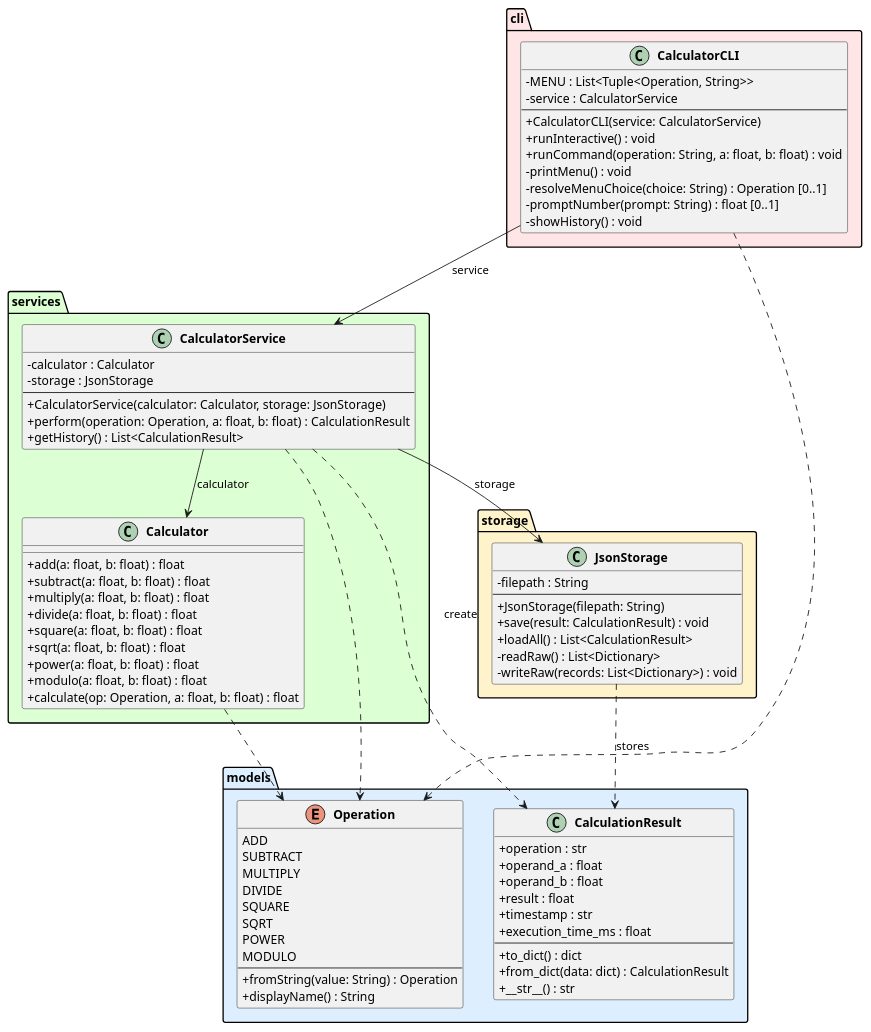
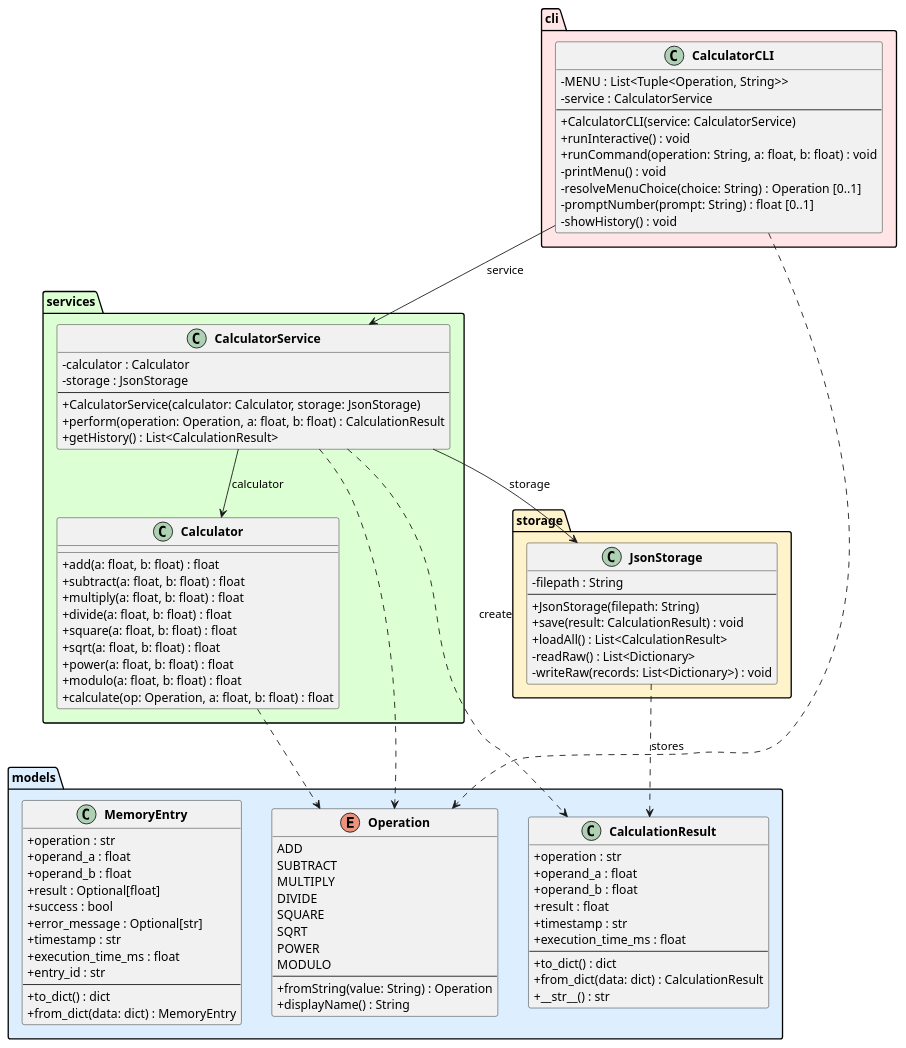
Before and after one commit to DanielRiha8906/Software_autoevolution_using_agents: the diagram in experiments/broadcast/user_stories/calculator/artifacts/class_diagram.puml, drawn with PlantUML. The commit also changed 5 other files, not shown here.

First line of the commit message:
task 03: Create MemoryEntry class for history management

```diff
--- a/experiments/broadcast/user_stories/calculator/artifacts/class_diagram.puml
+++ b/experiments/broadcast/user_stories/calculator/artifacts/class_diagram.puml
@@ -1,95 +1,110 @@
 @startuml class_diagram
 
 skinparam classAttributeIconSize 0
 skinparam classFontStyle bold
 
 package "models" #DDEEFF {
     enum Operation {
         ADD
         SUBTRACT
         MULTIPLY
         DIVIDE
         SQUARE
         SQRT
         POWER
         MODULO
         --
         +fromString(value: String) : Operation
         +displayName() : String
     }
 
     class CalculationResult {
         +operation : str
         +operand_a : float
         +operand_b : float
         +result : float
         +timestamp : str
         +execution_time_ms : float
         --
         +to_dict() : dict
         +from_dict(data: dict) : CalculationResult
         +__str__() : str
+    }
+
+    class MemoryEntry {
+        +operation : str
+        +operand_a : float
+        +operand_b : float
+        +result : Optional[float]
+        +success : bool
+        +error_message : Optional[str]
+        +timestamp : str
+        +execution_time_ms : float
+        +entry_id : str
+        --
+        +to_dict() : dict
+        +from_dict(data: dict) : MemoryEntry
     }
 }
 
 package "services" #DDFFD4 {
     class Calculator {
         +add(a: float, b: float) : float
         +subtract(a: float, b: float) : float
         +multiply(a: float, b: float) : float
         +divide(a: float, b: float) : float
         +square(a: float, b: float) : float
         +sqrt(a: float, b: float) : float
         +power(a: float, b: float) : float
         +modulo(a: float, b: float) : float
         +calculate(op: Operation, a: float, b: float) : float
     }
 
     class CalculatorService {
         -calculator : Calculator
         -storage : JsonStorage
         --
         +CalculatorService(calculator: Calculator, storage: JsonStorage)
         +perform(operation: Operation, a: float, b: float) : CalculationResult
         +getHistory() : List<CalculationResult>
     }
 }
 
 package "storage" #FFF3CC {
     class JsonStorage {
         -filepath : String
         --
         +JsonStorage(filepath: String)
         +save(result: CalculationResult) : void
         +loadAll() : List<CalculationResult>
         -readRaw() : List<Dictionary>
         -writeRaw(records: List<Dictionary>) : void
     }
 }
 
 package "cli" #FFE5E5 {
     class CalculatorCLI {
         -MENU : List<Tuple<Operation, String>>
         -service : CalculatorService
         --
         +CalculatorCLI(service: CalculatorService)
         +runInteractive() : void
         +runCommand(operation: String, a: float, b: float) : void
         -printMenu() : void
         -resolveMenuChoice(choice: String) : Operation [0..1]
         -promptNumber(prompt: String) : float [0..1]
         -showHistory() : void
     }
 }
 
 CalculatorCLI --> CalculatorService : service
 CalculatorService --> Calculator : calculator
 CalculatorService --> JsonStorage : storage
 
 CalculatorService ..> CalculationResult : create
 CalculatorService ..> Operation
 CalculatorCLI ..> Operation
 Calculator ..> Operation
 JsonStorage ..> CalculationResult : stores
 
 @enduml
```
